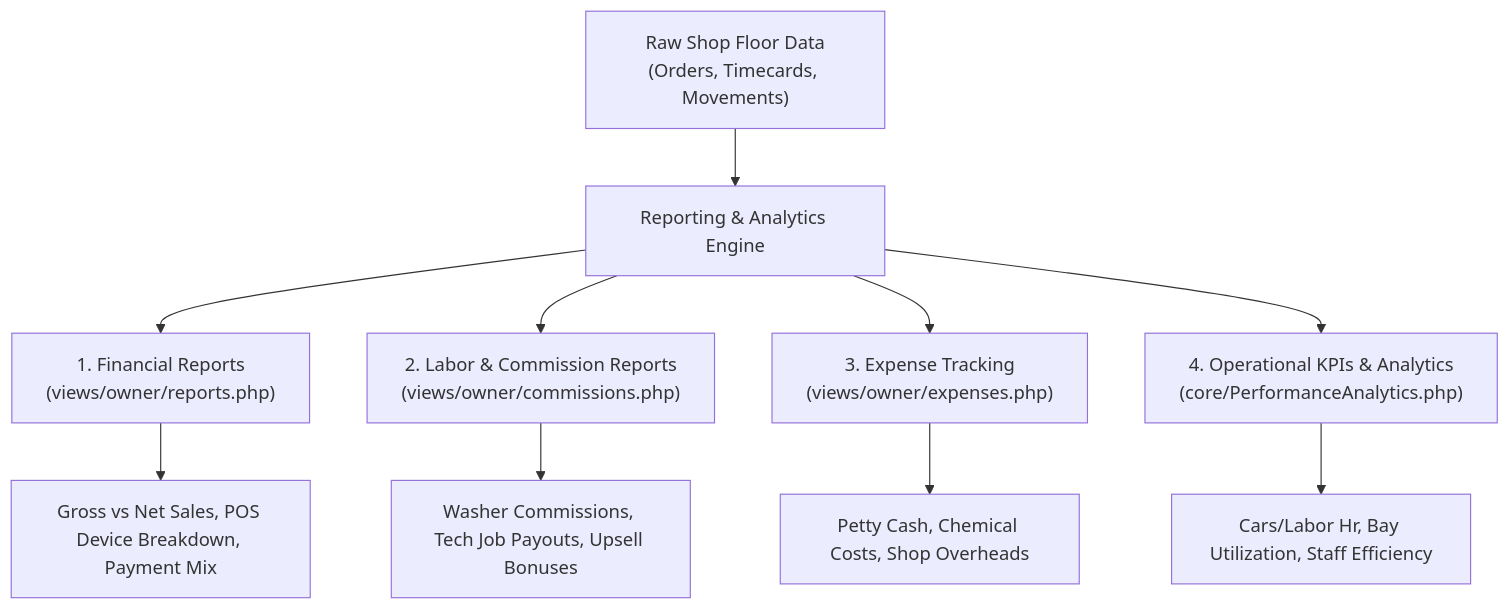
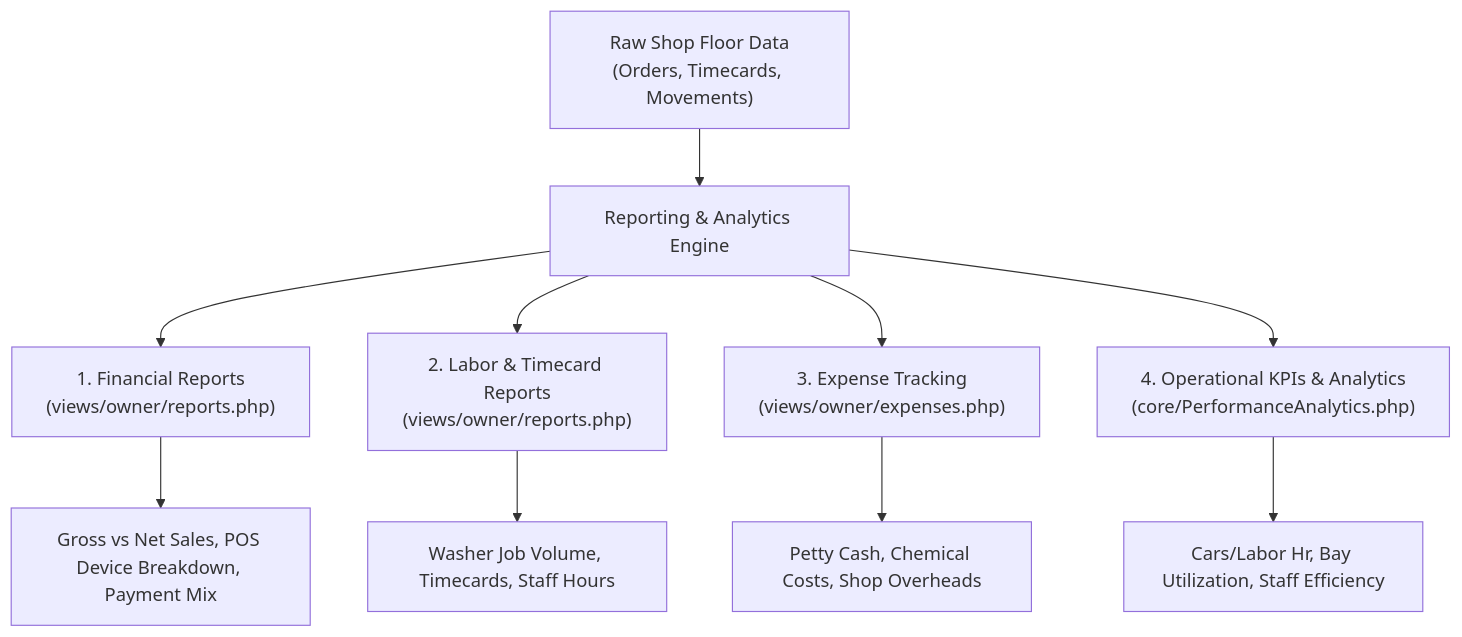
One commit to Tiffy-gif/Car-WashService changed the diagram in docs/user_guide/09_REPORTS_AND_KPIs.md. Above: the diagram before and after it, drawn with Mermaid. The commit also changed other lines of this file and 85 other files, not shown here.

````diff
--- a/docs/user_guide/09_REPORTS_AND_KPIs.md
+++ b/docs/user_guide/09_REPORTS_AND_KPIs.md
@@ -9,14 +9,14 @@
 ```mermaid
 flowchart TD
     A["Raw Shop Floor Data<br/>(Orders, Timecards, Movements)"] --> B["Reporting & Analytics Engine"]
     
     B --> C["1. Financial Reports<br/>(views/owner/reports.php)"]
-    B --> D["2. Labor & Commission Reports<br/>(views/owner/commissions.php)"]
+    B --> D["2. Labor & Timecard Reports<br/>(views/owner/reports.php)"]
     B --> E["3. Expense Tracking<br/>(views/owner/expenses.php)"]
     B --> F["4. Operational KPIs & Analytics<br/>(core/PerformanceAnalytics.php)"]
     
     C --> G["Gross vs Net Sales, POS Device Breakdown, Payment Mix"]
-    D --> H["Washer Commissions, Tech Job Payouts, Upsell Bonuses"]
+    D --> H["Washer Job Volume, Timecards, Staff Hours"]
     E --> I["Petty Cash, Chemical Costs, Shop Overheads"]
     F --> J["Cars/Labor Hr, Bay Utilization, Staff Efficiency"]
 ```
````
